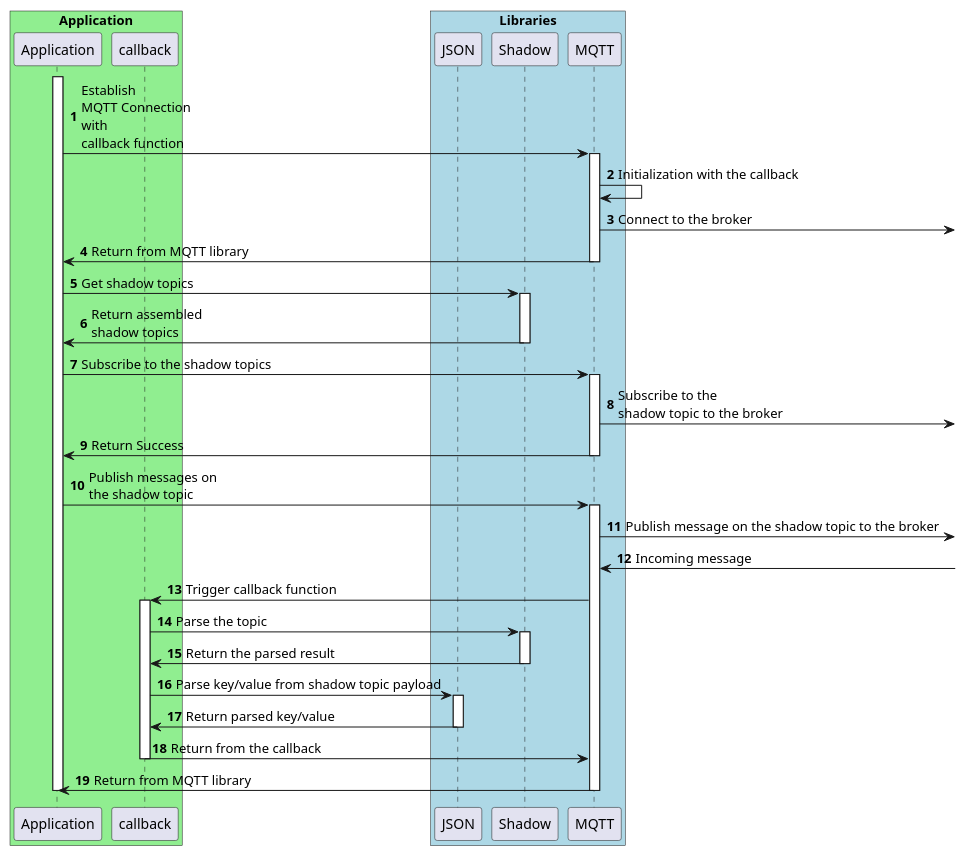
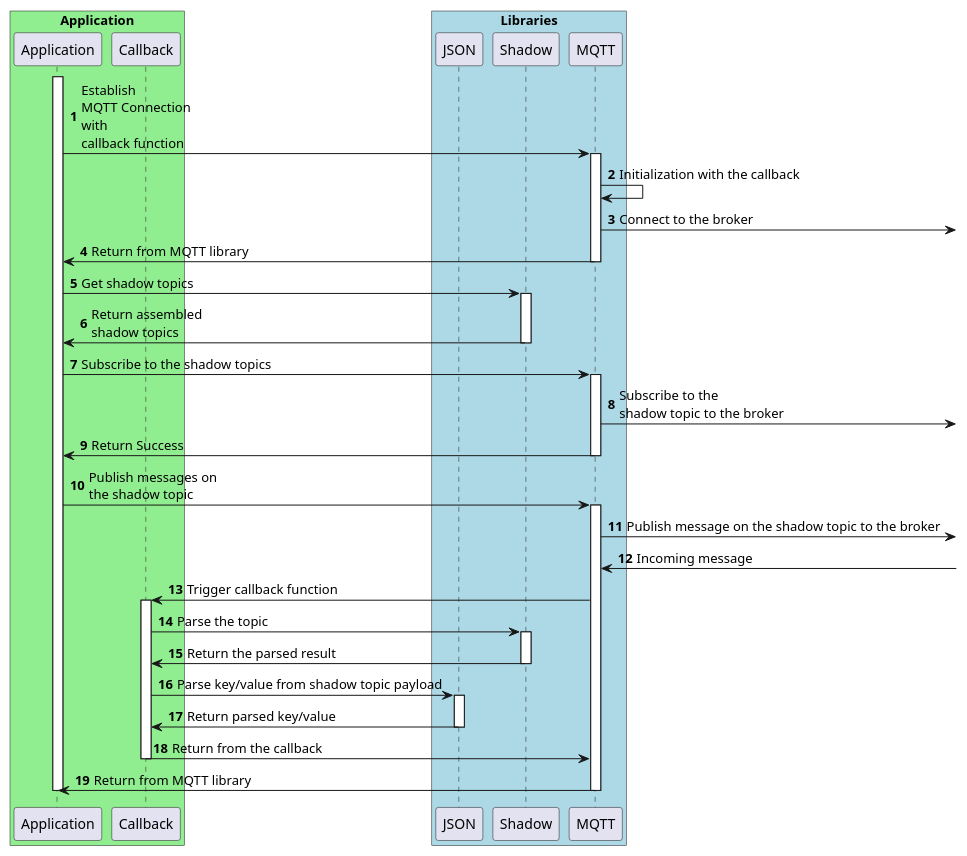
One commit to aws/Device-Shadow-for-AWS-IoT-embedded-sdk changed the diagram in docs/plantuml/shadow_design_typicaloperation.pu. Above: the diagram before and after it, drawn with PlantUML. The commit also changed 1 other file, not shown here.

Commit message:
Capitalize callback in the design flow

```diff
--- a/docs/plantuml/shadow_design_typicaloperation.pu
+++ b/docs/plantuml/shadow_design_typicaloperation.pu
@@ -1,65 +1,65 @@
 @startuml
 skinparam classFontSize 8
 skinparam classFontName Helvetica
 autonumber
 
 box "Application" #LightGreen
     participant "Application" as application
-    participant "callback" as callback
+    participant "Callback" as callback
 end box
 
 box "Libraries" #LightBlue
     participant "JSON" as json
 
     participant "Shadow" as shadow
 
     participant "MQTT" as mqtt
 
 end box
 
 activate application
 application -> mqtt : Establish\nMQTT Connection\nwith\ncallback function
 
 
 activate mqtt
 mqtt -> mqtt : Initialization with the callback
 mqtt -> : Connect to the broker
 mqtt -> application : Return from MQTT library
 deactivate mqtt
 
 application -> shadow : Get shadow topics
 
 activate shadow
 shadow -> application : Return assembled\nshadow topics
 deactivate shadow
 
 application -> mqtt : Subscribe to the shadow topics
 
 activate mqtt
 mqtt -> : Subscribe to the\nshadow topic to the broker
 mqtt -> application : Return Success
 deactivate mqtt
 application -> mqtt : Publish messages on\nthe shadow topic
 
 
 activate mqtt
 mqtt -> : Publish message on the shadow topic to the broker
 mqtt <- : Incoming message
 mqtt -> callback : Trigger callback function
 activate callback
 callback -> shadow : Parse the topic
 activate shadow
 shadow -> callback : Return the parsed result
 deactivate shadow
 callback -> json : Parse key/value from shadow topic payload
 activate json
 json -> callback : Return parsed key/value
 deactivate json
 callback -> mqtt : Return from the callback
 deactivate callback
 mqtt -> application : Return from MQTT library
 deactivate mqtt
 
 deactivate application
 
 @enduml
```
